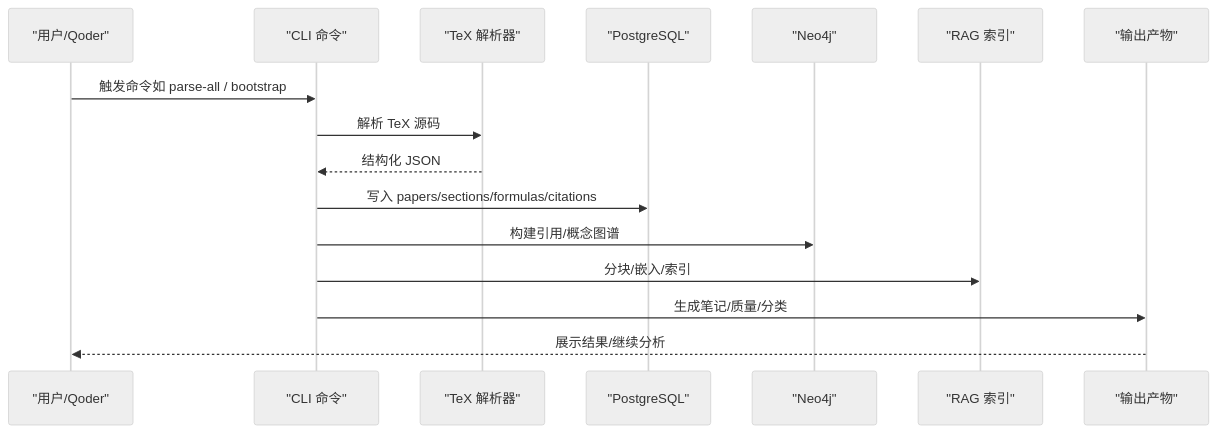
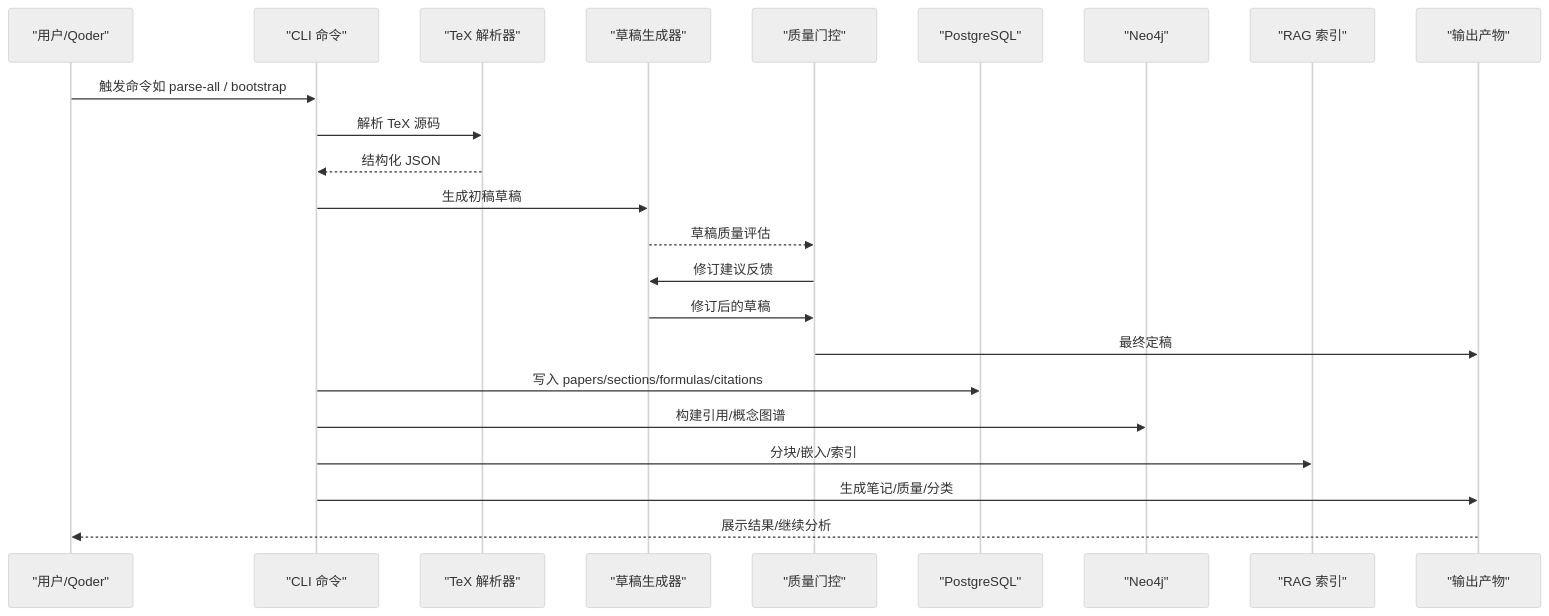
Before and after one commit to 1173591564/academic-based-qoder: the second of 10 diagrams in .qoder/repowiki/zh/content/学术研究工作流/学术研究工作流.md, drawn with Mermaid (neutral theme). The commit also changed other lines of this file and 89 other files, not shown here.

````diff
--- a/.qoder/repowiki/zh/content/学术研究工作流/学术研究工作流.md
+++ b/.qoder/repowiki/zh/content/学术研究工作流/学术研究工作流.md
@@ -109,18 +124,25 @@
 ```mermaid
 sequenceDiagram
 participant User as "用户/Qoder"
 participant CLI as "CLI 命令"
 participant Parser as "TeX 解析器"
+participant Draft as "草稿生成器"
+participant Review as "质量门控"
 participant DB as "PostgreSQL"
 participant GDB as "Neo4j"
 participant RAG as "RAG 索引"
 participant Out as "输出产物"
 User->>CLI : 触发命令如 parse-all / bootstrap
 CLI->>Parser : 解析 TeX 源码
 Parser-->>CLI : 结构化 JSON
+CLI->>Draft : 生成初稿草稿
+Draft-->>Review : 草稿质量评估
+Review->>Draft : 修订建议反馈
+Draft->>Review : 修订后的草稿
+Review->>Out : 最终定稿
 CLI->>DB : 写入 papers/sections/formulas/citations
 CLI->>GDB : 构建引用/概念图谱
 CLI->>RAG : 分块/嵌入/索引
 CLI->>Out : 生成笔记/质量/分类
 Out-->>User : 展示结果/继续分析
 ```
````
